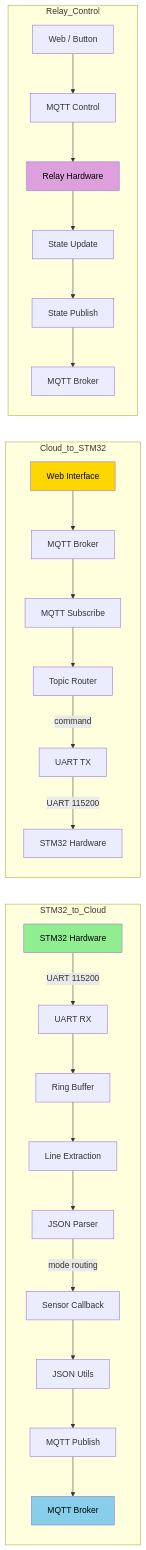
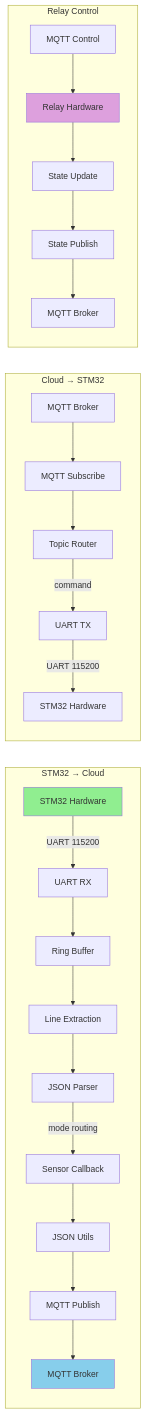
The fourth of 9 diagrams in documents/esp32/UML_CLASS_DIAGRAM_ESP32.md (meeTeam05/datalogger), drawn with Mermaid before and after one commit. The commit also changed other lines of this file, not shown here.

Commit message:
fix(docs): update UML class diagrams for clarity and consistency in UML_CLASS_DIAGRAM_ESP32.md

````diff
--- a/documents/esp32/UML_CLASS_DIAGRAM_ESP32.md
+++ b/documents/esp32/UML_CLASS_DIAGRAM_ESP32.md
@@ -320,58 +320,53 @@
 ```mermaid
 graph LR
-    subgraph STM32_to_Cloud
-        STM32[STM32 Hardware]
+    subgraph STM32_to_Cloud["STM32 → Cloud"]
+        STM32_HW[STM32 Hardware]
         UART_RX[UART RX]
         RingBuf[Ring Buffer]
         LineExtract[Line Extraction]
         JSONParse[JSON Parser]
         SensorCB[Sensor Callback]
         FormatJSON[JSON Utils]
         MQTTPub[MQTT Publish]
         Broker[MQTT Broker]
 
-        STM32 -->|UART 115200| UART_RX
+        STM32_HW -->|UART 115200| UART_RX
         UART_RX --> RingBuf
         RingBuf --> LineExtract
         LineExtract --> JSONParse
         JSONParse -->|mode routing| SensorCB
         SensorCB --> FormatJSON
         FormatJSON --> MQTTPub
         MQTTPub --> Broker
     end
 
-    subgraph Cloud_to_STM32
-        Web[Web Interface]
+    subgraph Cloud_to_STM32["Cloud → STM32"]
         Broker2[MQTT Broker]
         MQTTSub[MQTT Subscribe]
         TopicRoute[Topic Router]
         UART_TX[UART TX]
-        STM32_2[STM32 Hardware]
+        STM32_HW2[STM32 Hardware]
 
-        Web --> Broker2
         Broker2 --> MQTTSub
         MQTTSub --> TopicRoute
         TopicRoute -->|command| UART_TX
-        UART_TX -->|UART 115200| STM32_2
+        UART_TX -->|UART 115200| STM32_HW2
     end
 
-    subgraph Relay_Control
-        WebRelay[Web / Button]
+    subgraph Relay_Control["Relay Control"]
         MQTTCtrl[MQTT Control]
         RelayHW[Relay Hardware]
         StateUpdate[State Update]
         StatePub[State Publish]
         BrokerState[MQTT Broker]
 
-        WebRelay --> MQTTCtrl
         MQTTCtrl --> RelayHW
         RelayHW --> StateUpdate
         StateUpdate --> StatePub
         StatePub --> BrokerState
     end
 
-    style STM32 fill:#90EE90, color:#000000
-    style Broker fill:#87CEEB, color:#000000
-    style Web fill:#FFD700, color:#000000
-    style RelayHW fill:#DDA0DD, color:#000000
+    style STM32_HW fill:#90EE90
+    style Broker fill:#87CEEB
+    style RelayHW fill:#DDA0DD
 ```
````
